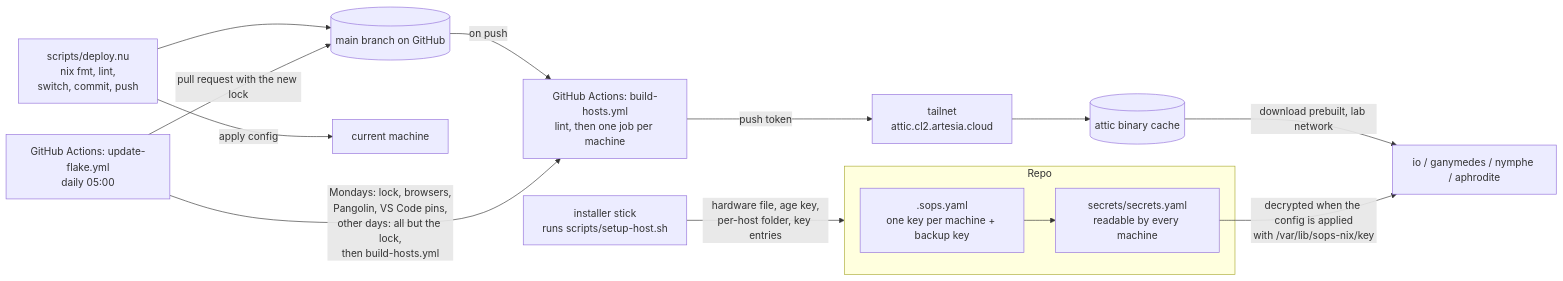
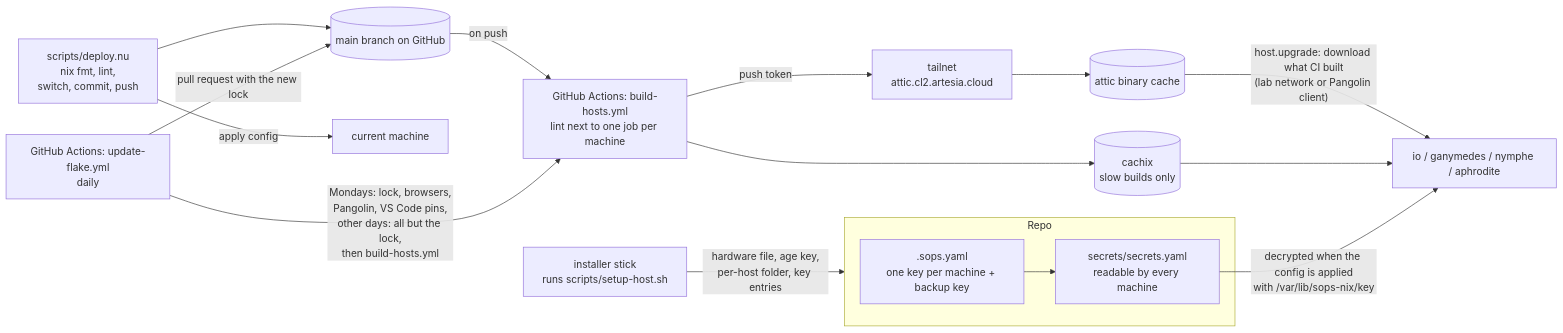
Before and after one commit to 68656c6c/celestial: the second of 2 diagrams in docs/structure.md, drawn with Mermaid. The commit also changed other lines of this file and 33 other files, not shown here.

First line of the commit message:
ci survives attic being down, hosts follow main, niri hotkey list, umbriel on aphrodite

````diff
--- a/docs/structure.md
+++ b/docs/structure.md
@@ -97,22 +97,23 @@
 ```mermaid
 flowchart LR
     subgraph repo["Repo"]
         sopscfg[".sops.yaml<br/>one key per machine + backup key"]
         secrets["secrets/secrets.yaml<br/>readable by every machine"]
         sopscfg --> secrets
     end
 
     setup["installer stick<br/>runs scripts/setup-host.sh"] -->|"hardware file, age key,<br/>per-host folder, key entries"| repo
 
     deploy["scripts/deploy.nu<br/>nix fmt, lint,<br/>switch, commit, push"] --> main[("main branch on GitHub")]
     deploy -->|"apply config"| local["current machine"]
 
-    main -->|"on push"| ci["GitHub Actions: build-hosts.yml<br/>lint, then one job per machine"]
+    main -->|"on push"| ci["GitHub Actions: build-hosts.yml<br/>lint next to one job per machine"]
     ci -->|"push token"| pangolin["tailnet<br/>attic.cl2.artesia.cloud"]
     pangolin --> attic[("attic binary cache")]
-    upd["GitHub Actions: update-flake.yml<br/>daily 05:00"] -->|"Mondays: lock, browsers,<br/>Pangolin, VS Code pins,<br/>other days: all but the lock,<br/>then build-hosts.yml"| ci
+    upd["GitHub Actions: update-flake.yml<br/>daily"] -->|"Mondays: lock, browsers,<br/>Pangolin, VS Code pins,<br/>other days: all but the lock,<br/>then build-hosts.yml"| ci
     upd -->|"pull request with the new lock"| main
 
-    attic -->|"download prebuilt, lab network"| hostsbox["io / ganymedes / nymphe / aphrodite"]
+    attic -->|"host.upgrade: download what CI built<br/>(lab network or Pangolin client)"| hostsbox["io / ganymedes / nymphe / aphrodite"]
+    ci --> cachix[("cachix<br/>slow builds only")] --> hostsbox
     secrets -->|"decrypted when the config is applied<br/>with /var/lib/sops-nix/key"| hostsbox
 ```
````
